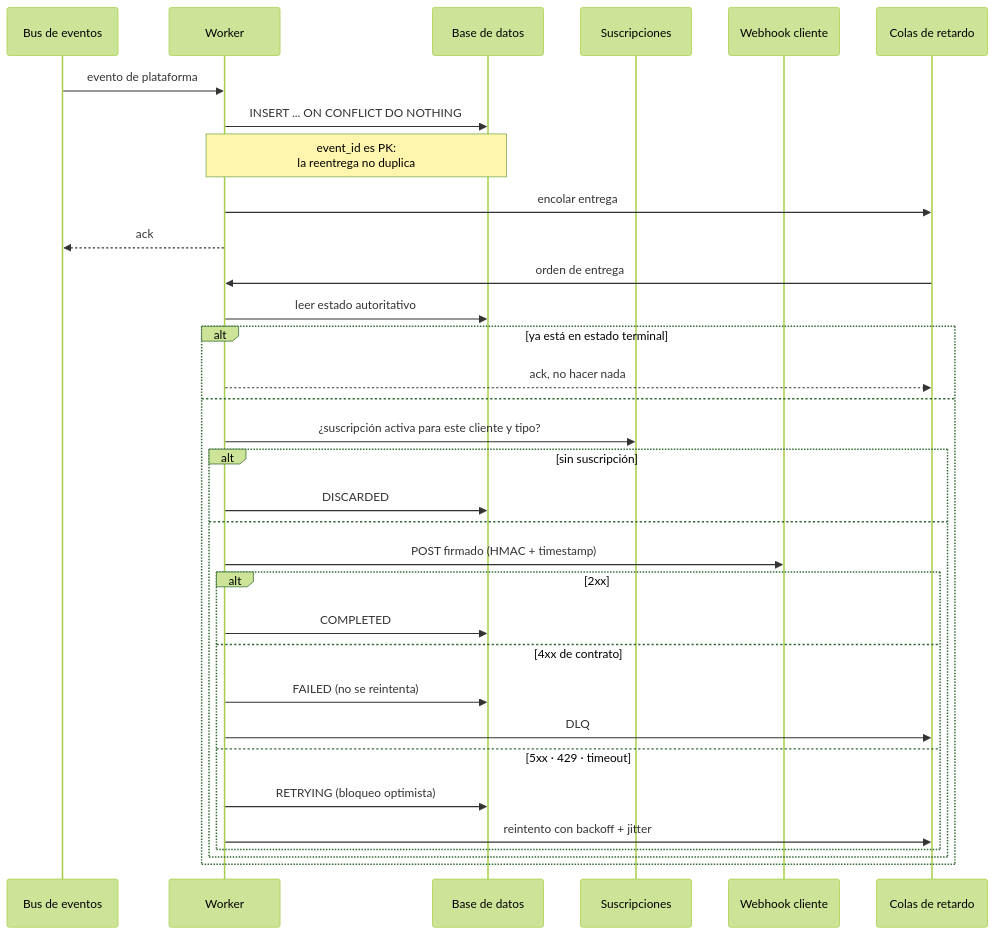
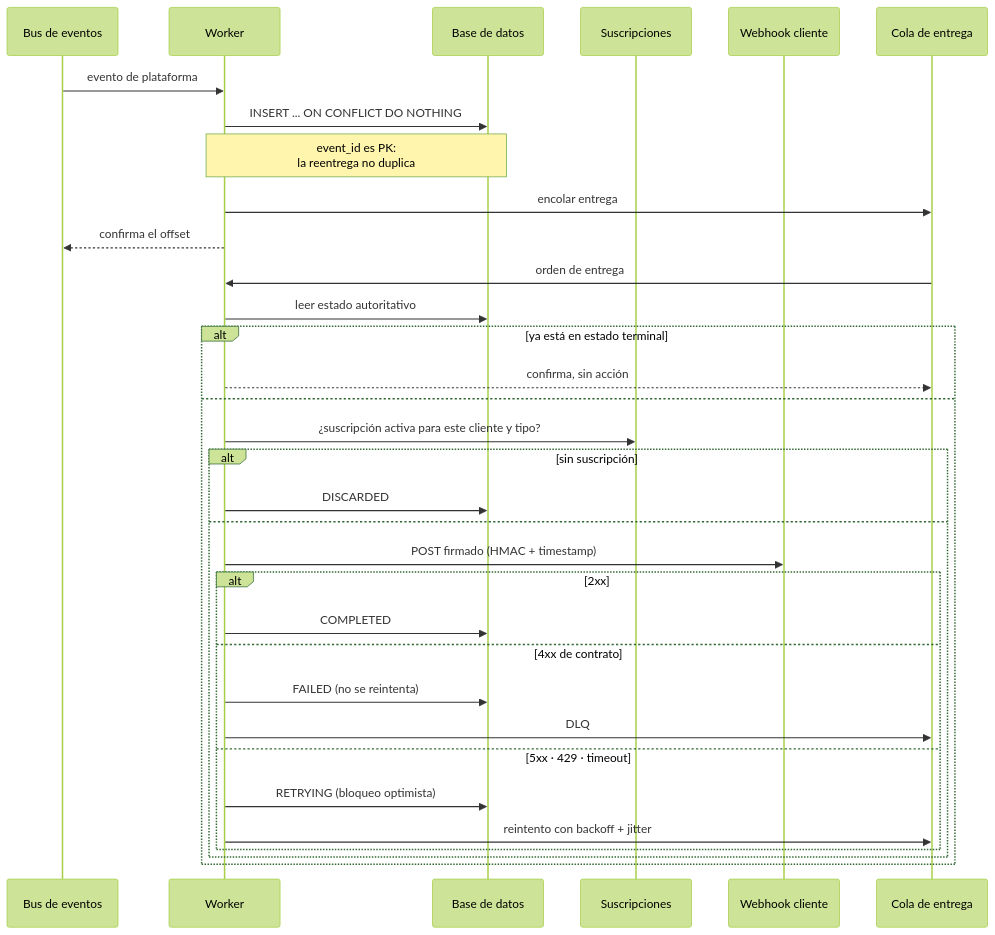
The fourth of 7 diagrams in docs/01-diseno-del-sistema.md (ssalaza7/cobre-notification-delivery), drawn with Mermaid (forest theme) before and after one commit. The commit also changed other lines of this file and 2 other files, not shown here.

````diff
--- a/docs/01-diseno-del-sistema.md
+++ b/docs/01-diseno-del-sistema.md
@@ -181,37 +158,37 @@
 ```mermaid
 sequenceDiagram
     participant K as Bus de eventos
     participant W as Worker
     participant DB as Base de datos
     participant S as Suscripciones
     participant H as Webhook cliente
-    participant Q as Colas de retardo
+    participant Q as Cola de entrega
 
     K->>W: evento de plataforma
     W->>DB: INSERT ... ON CONFLICT DO NOTHING
     Note over W,DB: event_id es PK:<br/>la reentrega no duplica
     W->>Q: encolar entrega
-    W-->>K: ack
+    W-->>K: confirma el offset
 
     Q->>W: orden de entrega
     W->>DB: leer estado autoritativo
     alt ya está en estado terminal
-        W-->>Q: ack, no hacer nada
+        W-->>Q: confirma, sin acción
     else
         W->>S: ¿suscripción activa para este cliente y tipo?
         alt sin suscripción
             W->>DB: DISCARDED
         else
             W->>H: POST firmado (HMAC + timestamp)
             alt 2xx
                 W->>DB: COMPLETED
             else 4xx de contrato
                 W->>DB: FAILED (no se reintenta)
                 W->>Q: DLQ
             else 5xx · 429 · timeout
                 W->>DB: RETRYING (bloqueo optimista)
                 W->>Q: reintento con backoff + jitter
             end
         end
     end
 ```
````
